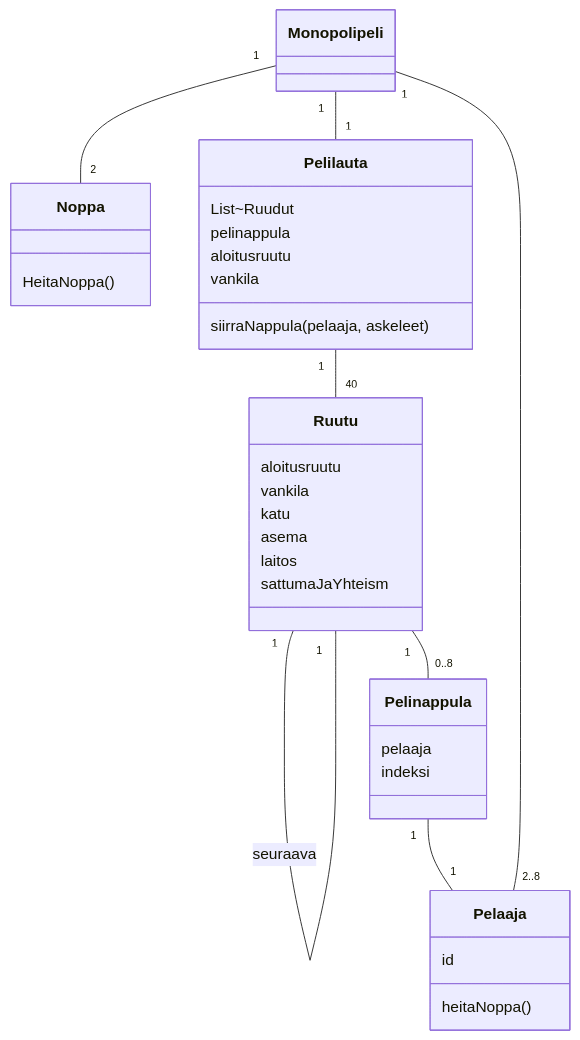
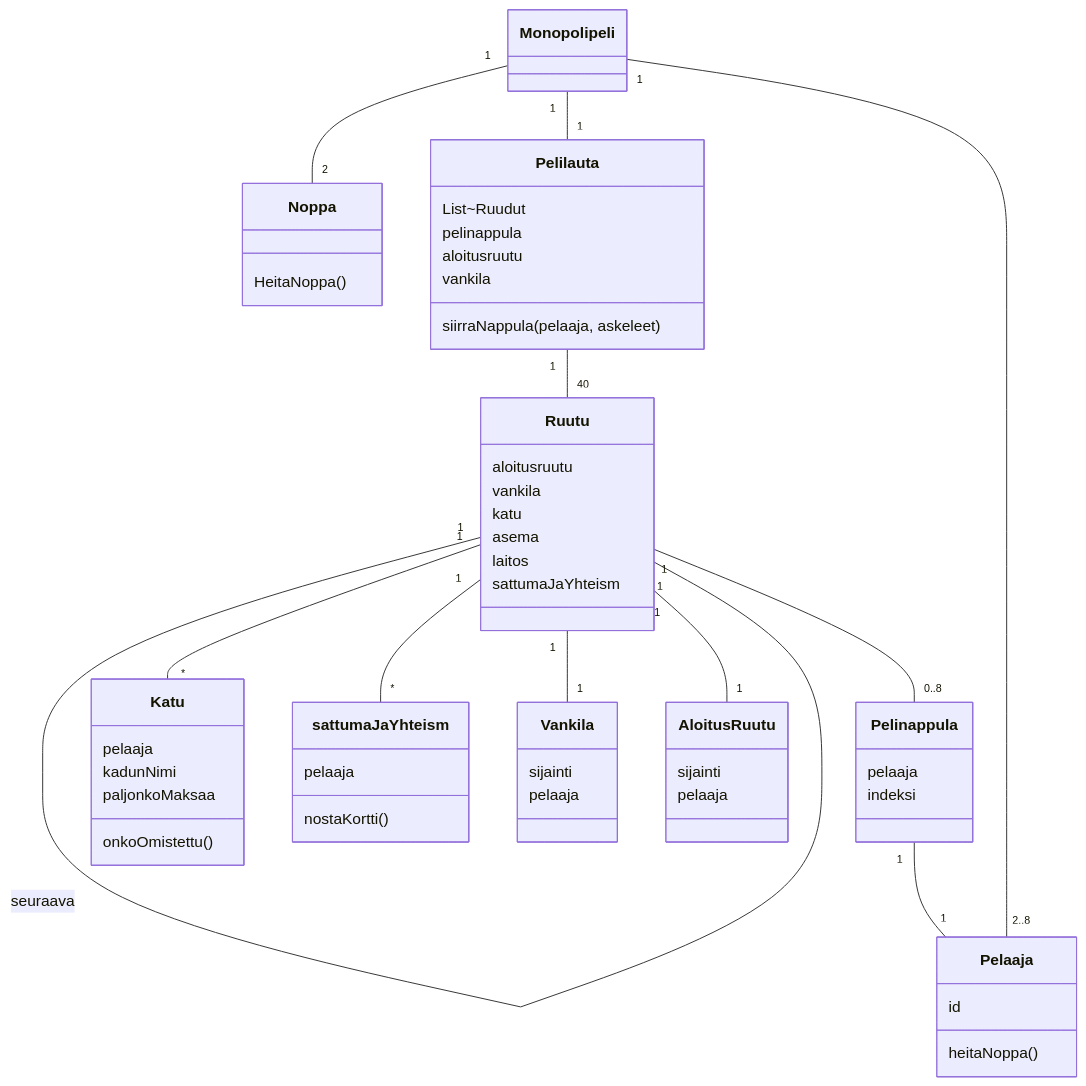
Before and after one commit to petrovaana/ot-harjoitustyo-uusi: the diagram in laskarit/viikko3/monopoli.md, drawn with Mermaid.

Commit message:
Päivitetty tilanne monopoli.md

````diff
--- a/laskarit/viikko3/monopoli.md
+++ b/laskarit/viikko3/monopoli.md
@@ -1,36 +1,58 @@
 ```mermaid
  classDiagram
     Monopolipeli "1" -- "2" Noppa
     class Noppa{
         HeitaNoppa()
     }
     Monopolipeli "1" -- "1" Pelilauta
     class Pelilauta{
         List~Ruudut
         pelinappula
         aloitusruutu
         vankila
         siirraNappula(pelaaja, askeleet)
     }
     Pelilauta "1" -- "40" Ruutu
     class Ruutu{
         aloitusruutu
         vankila
         katu
         asema
         laitos
         sattumaJaYhteism
     }
     Ruutu "1" -- "1" Ruutu : seuraava
     Ruutu "1" -- "0..8" Pelinappula
     class Pelinappula{
         pelaaja
         indeksi
     }
     Pelinappula "1" -- "1" Pelaaja
     class Pelaaja{
         id
         heitaNoppa()
     }
+    Ruutu "1" -- "*" Katu
+    class Katu{
+        pelaaja
+        kadunNimi
+        paljonkoMaksaa
+        onkoOmistettu()
+    }
+    Ruutu "1" -- "*" sattumaJaYhteism
+    class sattumaJaYhteism{
+        pelaaja
+        nostaKortti()
+    }
+    Ruutu "1" -- "1" Vankila
+    class Vankila{
+        sijainti
+        pelaaja
+    }
+    Ruutu "1" -- "1" AloitusRuutu
+    class AloitusRuutu{
+        sijainti
+        pelaaja
+    }
     Pelaaja "2..8" -- "1" Monopolipeli
 ```
````
